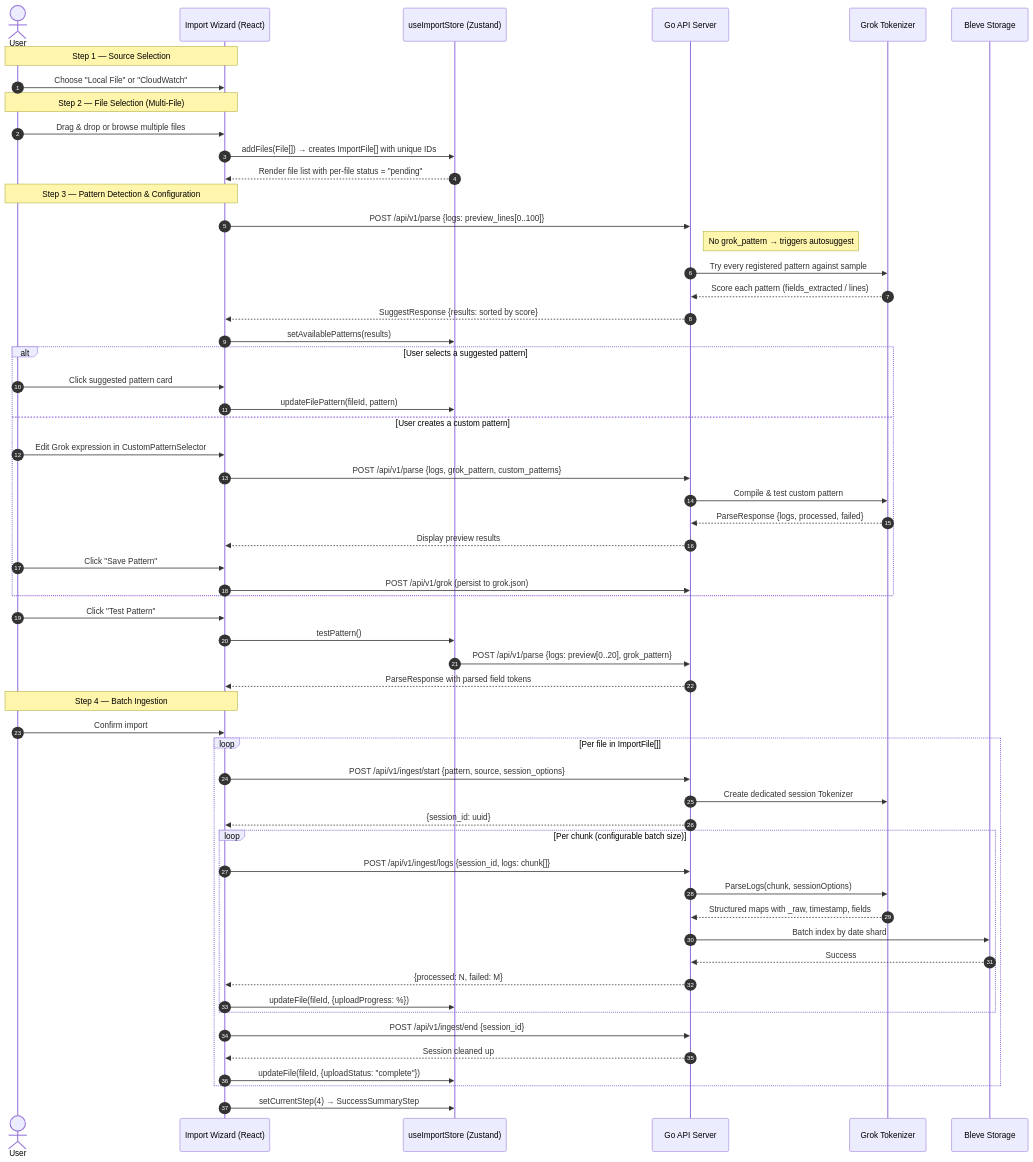
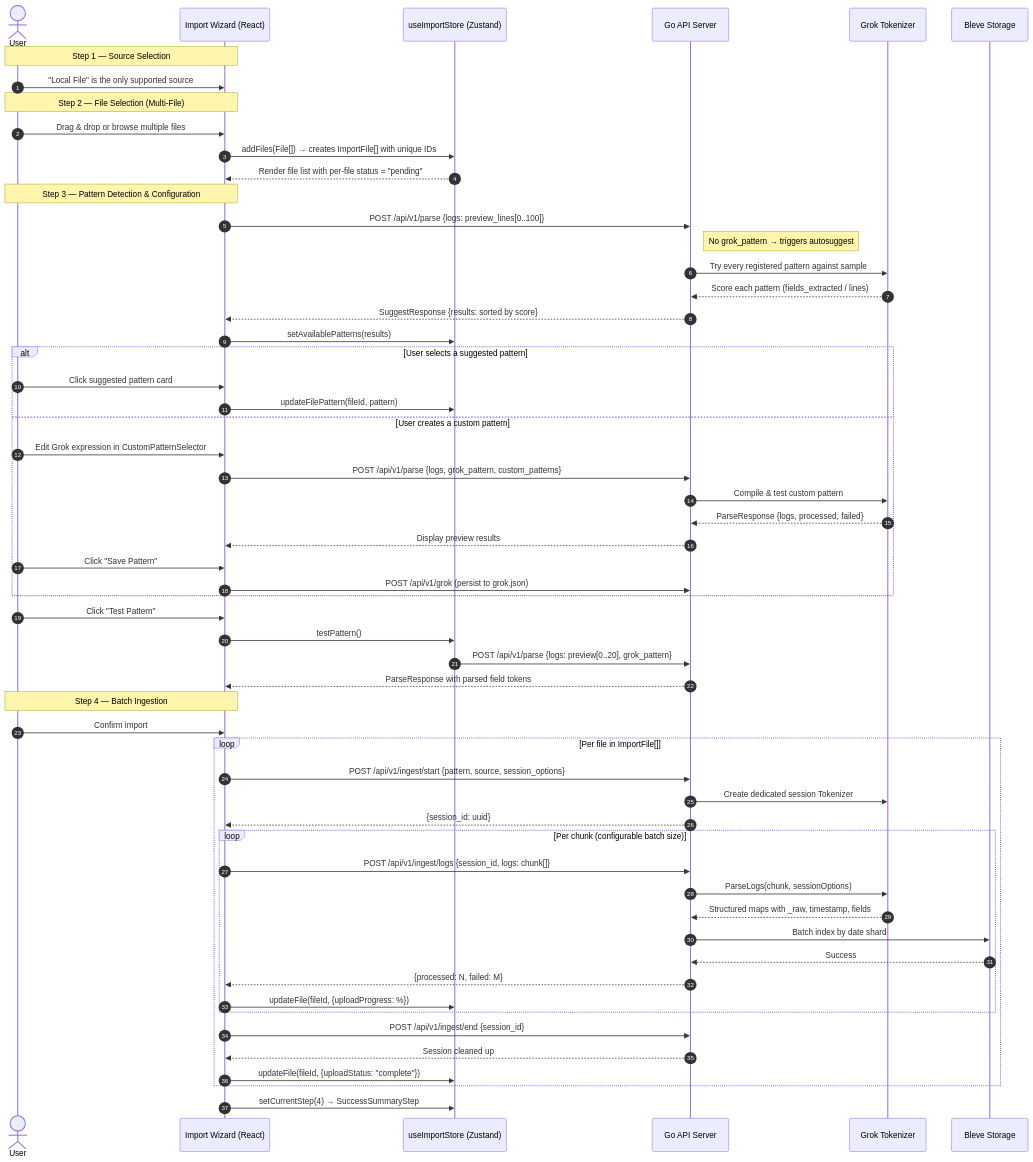
Before and after one commit to logsonic/logsonic: the third of 8 diagrams in docs/System_Architecture.md, drawn with Mermaid. The commit also changed other lines of this file and 84 other files, not shown here.

````diff
--- a/docs/System_Architecture.md
+++ b/docs/System_Architecture.md
@@ -129,66 +115,66 @@
 ```mermaid
 sequenceDiagram
     autonumber
     actor User
     participant UI as Import Wizard (React)
     participant Store as useImportStore (Zustand)
     participant API as Go API Server
     participant Tok as Grok Tokenizer
     participant Bleve as Bleve Storage
 
     Note over User,UI: Step 1 — Source Selection
-    User->>UI: Choose "Local File" or "CloudWatch"
+    User->>UI: "Local File" is the only supported source
 
     Note over User,UI: Step 2 — File Selection (Multi-File)
     User->>UI: Drag & drop or browse multiple files
     UI->>Store: addFiles(File[]) → creates ImportFile[] with unique IDs
     Store-->>UI: Render file list with per-file status = "pending"
 
     Note over User,UI: Step 3 — Pattern Detection & Configuration
     UI->>API: POST /api/v1/parse {logs: preview_lines[0..100]}
     Note right of API: No grok_pattern → triggers autosuggest
     API->>Tok: Try every registered pattern against sample
     Tok-->>API: Score each pattern (fields_extracted / lines)
     API-->>UI: SuggestResponse {results: sorted by score}
     UI->>Store: setAvailablePatterns(results)
     
     alt User selects a suggested pattern
         User->>UI: Click suggested pattern card
         UI->>Store: updateFilePattern(fileId, pattern)
     else User creates a custom pattern
         User->>UI: Edit Grok expression in CustomPatternSelector
         UI->>API: POST /api/v1/parse {logs, grok_pattern, custom_patterns}
         API->>Tok: Compile & test custom pattern
         Tok-->>API: ParseResponse {logs, processed, failed}
         API-->>UI: Display preview results
         User->>UI: Click "Save Pattern"
         UI->>API: POST /api/v1/grok (persist to grok.json)
     end
 
     User->>UI: Click "Test Pattern"
     UI->>Store: testPattern()
     Store->>API: POST /api/v1/parse {logs: preview[0..20], grok_pattern}
     API-->>UI: ParseResponse with parsed field tokens
 
     Note over User,UI: Step 4 — Batch Ingestion
     User->>UI: Confirm import
     loop Per file in ImportFile[]
         UI->>API: POST /api/v1/ingest/start {pattern, source, session_options}
         API->>Tok: Create dedicated session Tokenizer
         API-->>UI: {session_id: uuid}
         loop Per chunk (configurable batch size)
             UI->>API: POST /api/v1/ingest/logs {session_id, logs: chunk[]}
             API->>Tok: ParseLogs(chunk, sessionOptions)
             Tok-->>API: Structured maps with _raw, timestamp, fields
             API->>Bleve: Batch index by date shard
             Bleve-->>API: Success
             API-->>UI: {processed: N, failed: M}
             UI->>Store: updateFile(fileId, {uploadProgress: %})
         end
         UI->>API: POST /api/v1/ingest/end {session_id}
         API-->>UI: Session cleaned up
         UI->>Store: updateFile(fileId, {uploadStatus: "complete"})
     end
     
     UI->>Store: setCurrentStep(4) → SuccessSummaryStep
 ```
````
